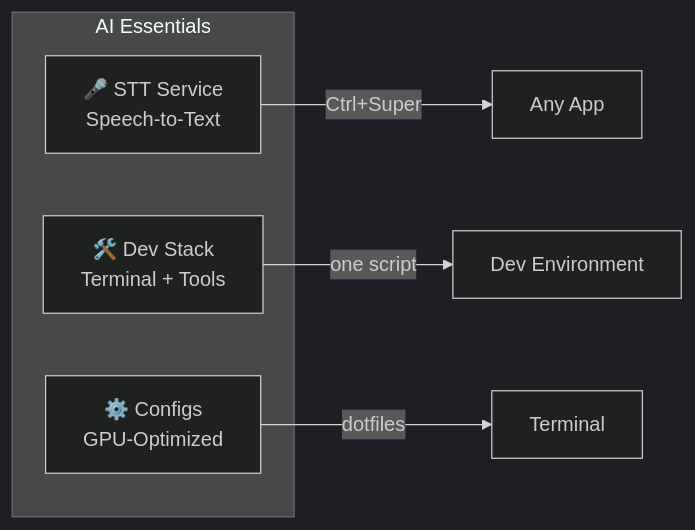
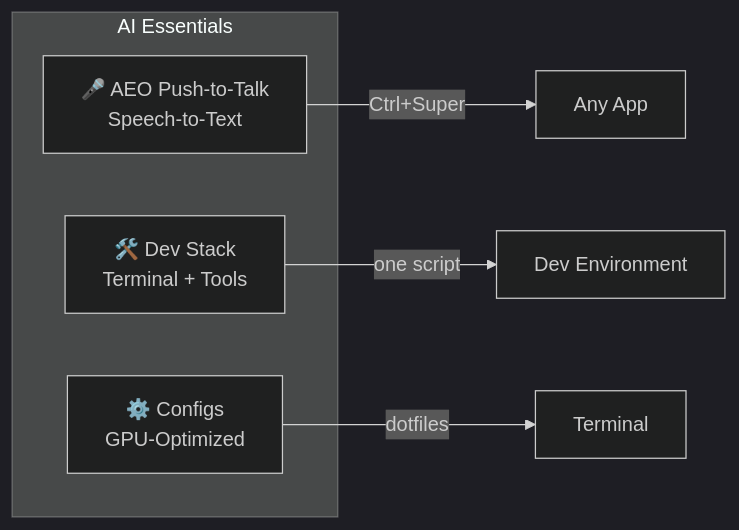
One commit to AeyeOps/ai-essentials changed the first of 3 diagrams in README.md. Above: the diagram before and after it, drawn with Mermaid (dark theme). The commit also changed other lines of this file and 10 other files, not shown here.

First line of the commit message:
refactor(stt-service): rebrand to AEO Push-to-Talk

````diff
--- a/README.md
+++ b/README.md
@@ -7,12 +7,12 @@
 ```mermaid
 graph LR
     subgraph "AI Essentials"
-        STT["🎤 STT Service<br/>Speech-to-Text"]
+        STT["🎤 AEO Push-to-Talk<br/>Speech-to-Text"]
         DEV["🛠️ Dev Stack<br/>Terminal + Tools"]
         CFG["⚙️ Configs<br/>GPU-Optimized"]
     end
 
     STT --> |"Ctrl+Super"| APP["Any App"]
     DEV --> |"one script"| ENV["Dev Environment"]
     CFG --> |"dotfiles"| TERM["Terminal"]
 ```
````
